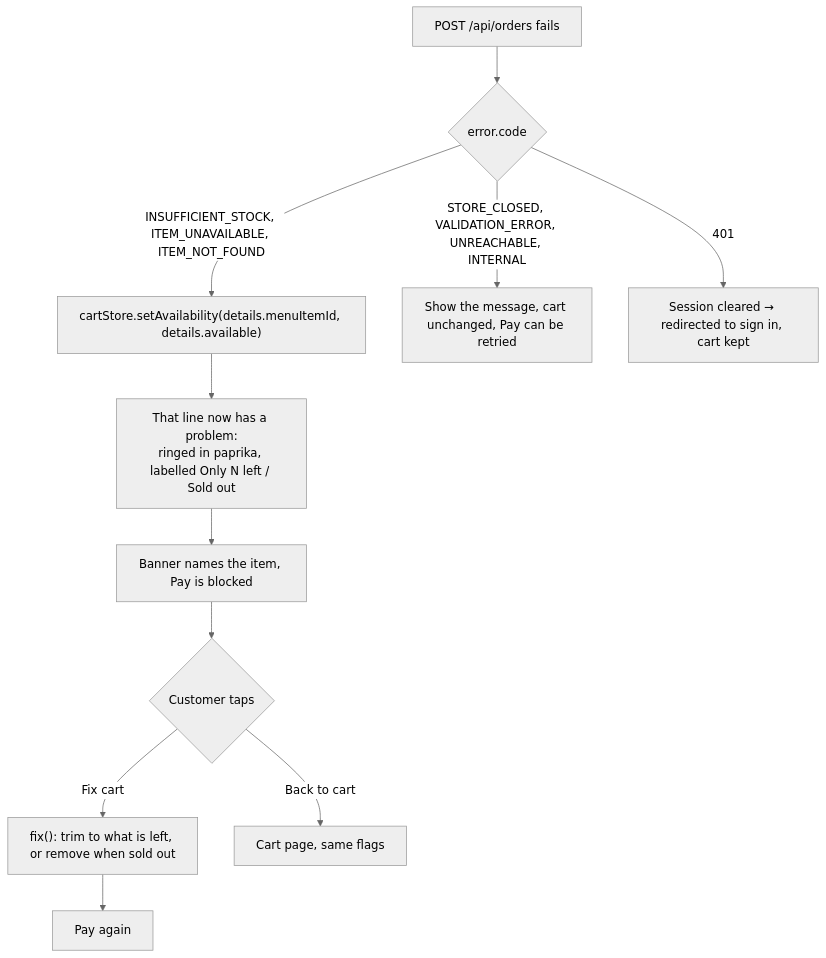
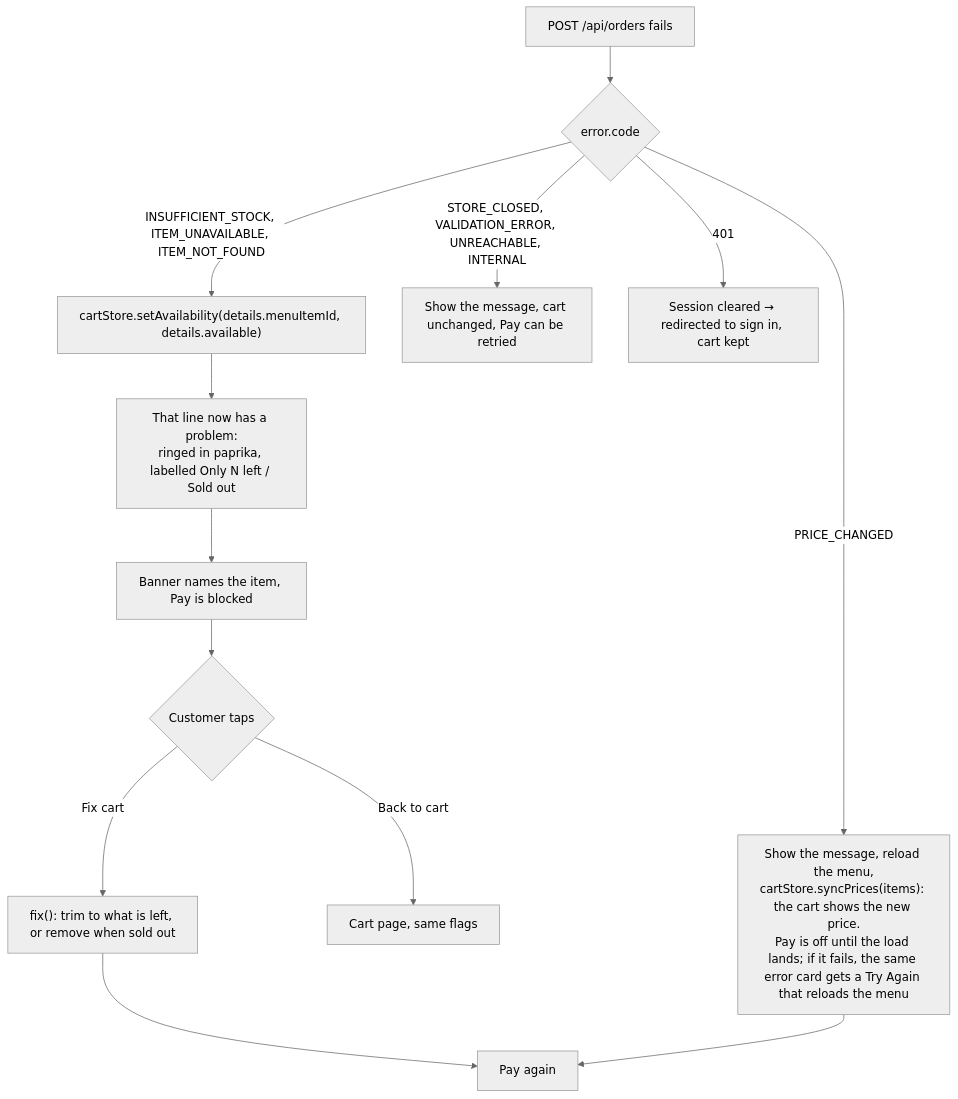
Before and after one commit to The-KhaNha/KhaNha: diagram 14 of 28 in docs/ARCHITECTURE.md, drawn with Mermaid (neutral theme). The commit also changed other lines of this file and 268 other files, not shown here.

````diff
--- a/docs/ARCHITECTURE.md
+++ b/docs/ARCHITECTURE.md
@@ -559,13 +598,15 @@
 ```mermaid
 flowchart TD
   Err["POST /api/orders fails"] --> Kind{"error.code"}
   Kind -->|"INSUFFICIENT_STOCK, ITEM_UNAVAILABLE, ITEM_NOT_FOUND"| Record["cartStore.setAvailability(details.menuItemId, details.available)"]
   Record --> Flag["That line now has a problem:<br/>ringed in paprika, labelled Only N left / Sold out"]
   Flag --> Banner["Banner names the item, Pay is blocked"]
   Banner --> Fix{"Customer taps"}
   Fix -->|"Fix cart"| Trim["fix(): trim to what is left, or remove when sold out"]
   Trim --> Retry["Pay again"]
   Fix -->|"Back to cart"| CartPage["Cart page, same flags"]
+  Kind -->|"PRICE_CHANGED"| Reprice["Show the message, reload the menu,<br/>cartStore.syncPrices(items): the cart shows the new price.<br/>Pay is off until the load lands; if it fails, the same error card gets a Try Again that reloads the menu"]
+  Reprice --> Retry
   Kind -->|"STORE_CLOSED, VALIDATION_ERROR, UNREACHABLE, INTERNAL"| Plain["Show the message, cart unchanged, Pay can be retried"]
   Kind -->|"401"| Session["Session cleared → redirected to sign in, cart kept"]
 ```
````
